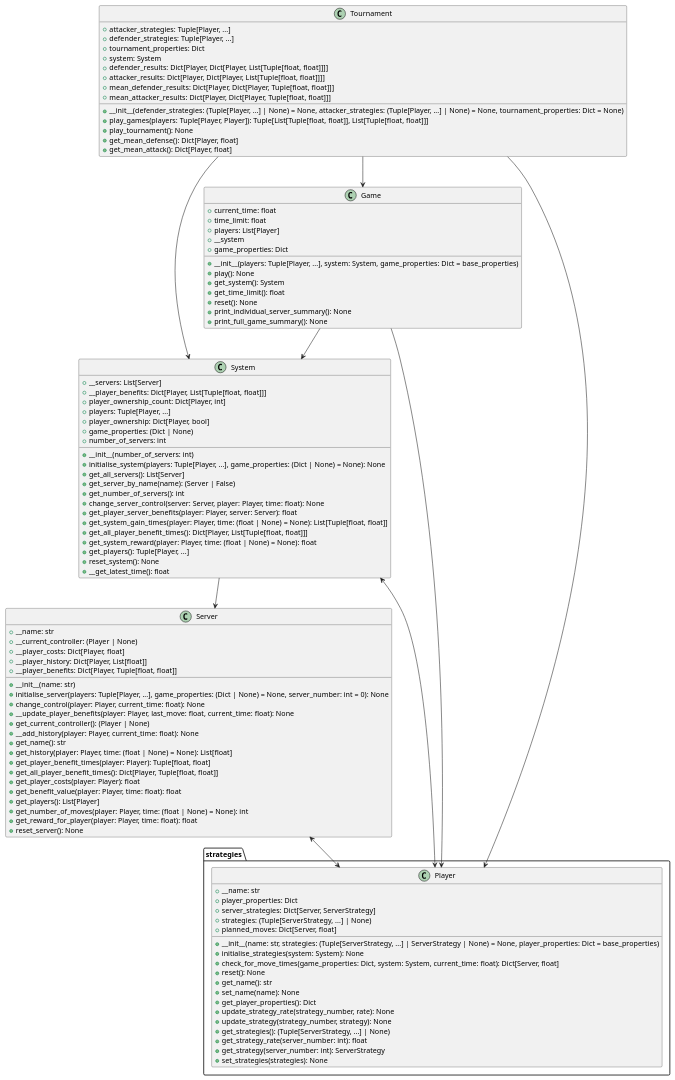
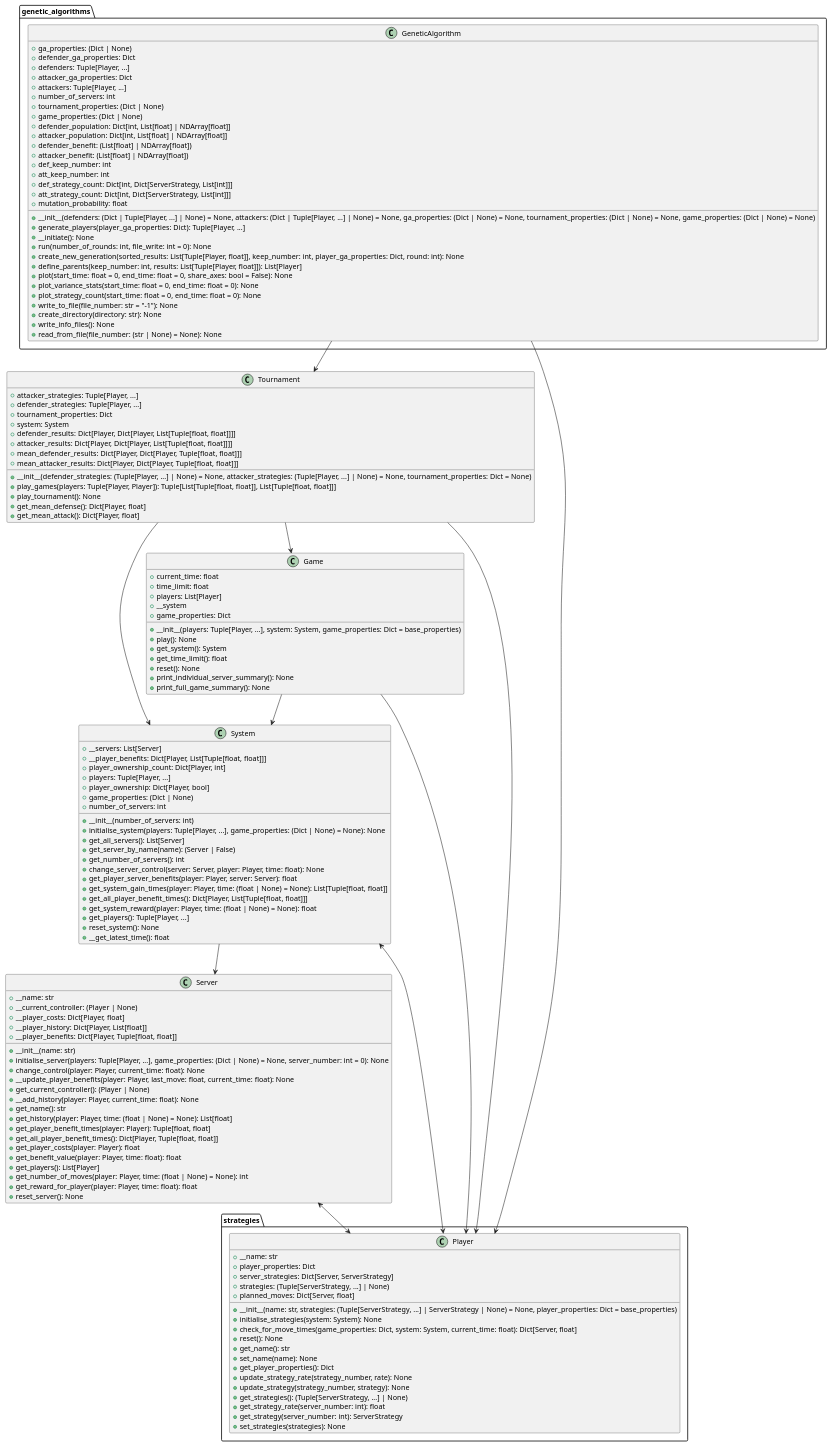
The diagram in DOCS/class-diagram.puml (ruipimentel/FlipThem-Simulation), drawn with PlantUML before and after one commit. The commit also changed 1 other file, not shown here.

Commit message:
Increments documentation on `GeneticAlgorithm` class.

```diff
--- a/DOCS/class-diagram.puml
+++ b/DOCS/class-diagram.puml
@@ -1,115 +1,154 @@
 @startuml "class-diagram"
 
 class Tournament {
   + {field} attacker_strategies: Tuple[Player, ...]
   + {field} defender_strategies: Tuple[Player, ...]
   + {field} tournament_properties: Dict
   + {field} system: System
   + {field} defender_results: Dict[Player, Dict[Player, List[Tuple[float, float]]]]
   + {field} attacker_results: Dict[Player, Dict[Player, List[Tuple[float, float]]]]
   + {field} mean_defender_results: Dict[Player, Dict[Player, Tuple[float, float]]]
   + {field} mean_attacker_results: Dict[Player, Dict[Player, Tuple[float, float]]]
   + __init__(defender_strategies: (Tuple[Player, ...] | None) = None, attacker_strategies: (Tuple[Player, ...] | None) = None, tournament_properties: Dict = None)
   + play_games(players: Tuple[Player, Player]): Tuple[List[Tuple[float, float]], List[Tuple[float, float]]]
   + play_tournament(): None
   + get_mean_defense(): Dict[Player, float]
   + get_mean_attack(): Dict[Player, float]
 }
 
 class Game {
   + {field} current_time: float
   + {field} time_limit: float
   + {field} players: List[Player]
   + {field} __system
   + {field} game_properties: Dict
   + __init__(players: Tuple[Player, ...], system: System, game_properties: Dict = base_properties)
   + play(): None
   + get_system(): System
   + get_time_limit(): float
   + reset(): None
   + print_individual_server_summary(): None
   + print_full_game_summary(): None
 }
 
 class System {
   + {field} __servers: List[Server]
   + {field} __player_benefits: Dict[Player, List[Tuple[float, float]]]
   + {field} player_ownership_count: Dict[Player, int]
   + {field} players: Tuple[Player, ...]
   + {field} player_ownership: Dict[Player, bool]
   + {field} game_properties: (Dict | None)
   + {field} number_of_servers: int
   + __init__(number_of_servers: int)
   + initialise_system(players: Tuple[Player, ...], game_properties: (Dict | None) = None): None
   + get_all_servers(): List[Server]
   + get_server_by_name(name): (Server | False)
   + get_number_of_servers(): int
   + change_server_control(server: Server, player: Player, time: float): None
   + get_player_server_benefits(player: Player, server: Server): float
   + get_system_gain_times(player: Player, time: (float | None) = None): List[Tuple[float, float]]
   + get_all_player_benefit_times(): Dict[Player, List[Tuple[float, float]]]
   + get_system_reward(player: Player, time: (float | None) = None): float
   + get_players(): Tuple[Player, ...]
   + reset_system(): None
   + __get_latest_time(): float
 }
 
 class Server {
   + {field} __name: str
   + {field} __current_controller: (Player | None)
   + {field} __player_costs: Dict[Player, float]
   + {field} __player_history: Dict[Player, List[float]]
   + {field} __player_benefits: Dict[Player, Tuple[float, float]]
   + __init__(name: str)
   + initialise_server(players: Tuple[Player, ...], game_properties: (Dict | None) = None, server_number: int = 0): None
   + change_control(player: Player, current_time: float): None
   + __update_player_benefits(player: Player, last_move: float, current_time: float): None
   + get_current_controller(): (Player | None)
   + __add_history(player: Player, current_time: float): None
   + get_name(): str
   + get_history(player: Player, time: (float | None) = None): List[float]
   + get_player_benefit_times(player: Player): Tuple[float, float]
   + get_all_player_benefit_times(): Dict[Player, Tuple[float, float]]
   + get_player_costs(player: Player): float
   + get_benefit_value(player: Player, time: float): float
   + get_players(): List[Player]
   + get_number_of_moves(player: Player, time: (float | None) = None): int
   + get_reward_for_player(player: Player, time: float): float
   + reset_server(): None
 }
 
+namespace genetic_algorithms {
+
+  class GeneticAlgorithm {
+    + {field} ga_properties: (Dict | None)
+    + {field} defender_ga_properties: Dict
+    + {field} defenders: Tuple[Player, ...]
+    + {field} attacker_ga_properties: Dict
+    + {field} attackers: Tuple[Player, ...]
+    + {field} number_of_servers: int
+    + {field} tournament_properties: (Dict | None)
+    + {field} game_properties: (Dict | None)
+    + {field} defender_population: Dict[int, List[float] | NDArray[float]]
+    + {field} attacker_population: Dict[int, List[float] | NDArray[float]]
+    + {field} defender_benefit: (List[float] | NDArray[float])
+    + {field} attacker_benefit: (List[float] | NDArray[float])
+    + {field} def_keep_number: int
+    + {field} att_keep_number: int
+    + {field} def_strategy_count: Dict[int, Dict[ServerStrategy, List[int]]]
+    + {field} att_strategy_count: Dict[int, Dict[ServerStrategy, List[int]]]
+    + {field} mutation_probability: float
+    + __init__(defenders: (Dict | Tuple[Player, ...] | None) = None, attackers: (Dict | Tuple[Player, ...] | None) = None, ga_properties: (Dict | None) = None, tournament_properties: (Dict | None) = None, game_properties: (Dict | None) = None)
+    + generate_players(player_ga_properties: Dict): Tuple[Player, ...]
+    + __initiate(): None
+    + run(number_of_rounds: int, file_write: int = 0): None
+    + create_new_generation(sorted_results: List[Tuple[Player, float]], keep_number: int, player_ga_properties: Dict, round: int): None
+    + define_parents(keep_number: int, results: List[Tuple[Player, float]]): List[Player]
+    + plot(start_time: float = 0, end_time: float = 0, share_axes: bool = False): None
+    + plot_variance_stats(start_time: float = 0, end_time: float = 0): None
+    + plot_strategy_count(start_time: float = 0, end_time: float = 0): None
+    + write_to_file(file_number: str = "-1"): None
+    + create_directory(directory: str): None
+    + write_info_files(): None
+    + read_from_file(file_number: (str | None) = None): None
+  }
+
+}
+
 namespace strategies {
 
   class Player {
     + {field} __name: str
     + {field} player_properties: Dict
     + {field} server_strategies: Dict[Server, ServerStrategy]
     + {field} strategies: (Tuple[ServerStrategy, ...] | None)
     + {field} planned_moves: Dict[Server, float]
     + __init__(name: str, strategies: (Tuple[ServerStrategy, ...] | ServerStrategy | None) = None, player_properties: Dict = base_properties)
     + initialise_strategies(system: System): None
     + check_for_move_times(game_properties: Dict, system: System, current_time: float): Dict[Server, float]
     + reset(): None
     + get_name(): str
     + set_name(name): None
     + get_player_properties(): Dict
     + update_strategy_rate(strategy_number, rate): None
     + update_strategy(strategy_number, strategy): None
     + get_strategies(): (Tuple[ServerStrategy, ...] | None)
     + get_strategy_rate(server_number: int): float
     + get_strategy(server_number: int): ServerStrategy
     + set_strategies(strategies): None
   }
 
 }
 
+genetic_algorithms.GeneticAlgorithm --> Tournament
+genetic_algorithms.GeneticAlgorithm --> strategies.Player
 Tournament --> Game
 Tournament --> System
 Tournament --> strategies.Player
 Game --> System
 Game --> strategies.Player
 System <--> strategies.Player
 System --> Server
 Server <--> strategies.Player
 
 @enduml
```
